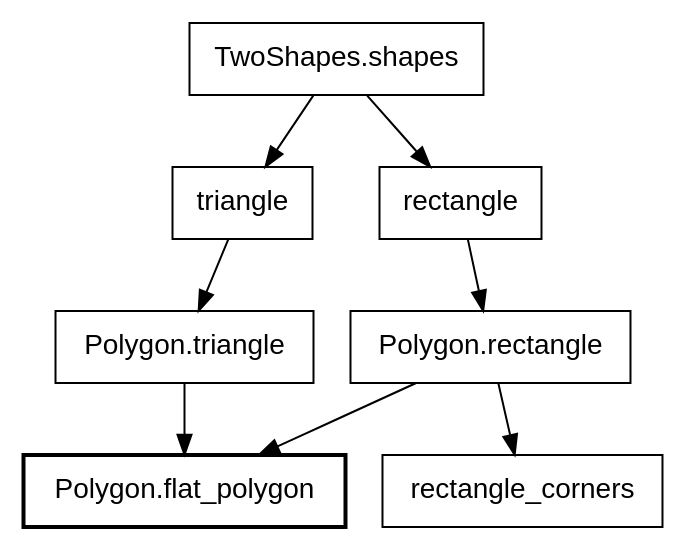
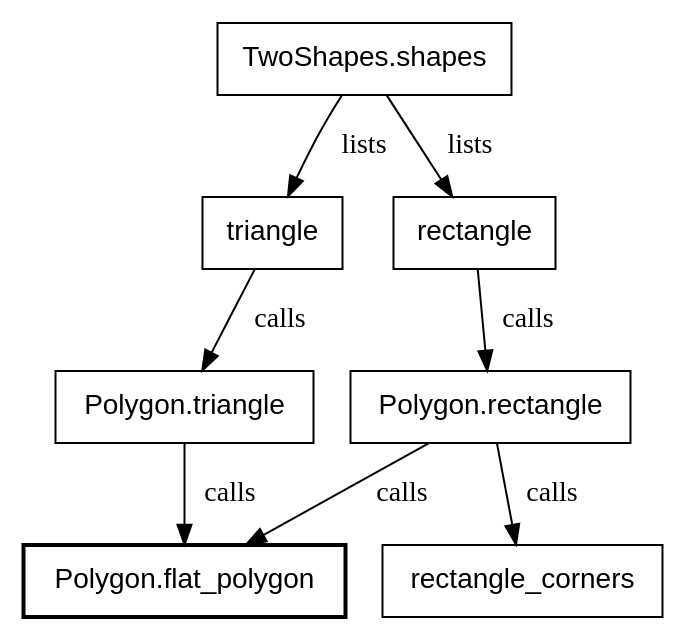
The fifth of 30 diagrams in canvas_apps/safari/tutorial/tutorial.md (showell/roc-apps), drawn with Graphviz before and after one commit. The commit also changed other lines of this file, not shown here.

````diff
--- a/canvas_apps/safari/tutorial/tutorial.md
+++ b/canvas_apps/safari/tutorial/tutorial.md
@@ -287,13 +296,13 @@
 ```dot
 digraph shapes {
   node [shape=box, fontname="Helvetica"];
-  "TwoShapes.shapes" -> "triangle";
-  "TwoShapes.shapes" -> "rectangle";
-  "triangle" -> "Polygon.triangle";
-  "rectangle" -> "Polygon.rectangle";
-  "Polygon.rectangle" -> "rectangle_corners";
-  "Polygon.triangle" -> "Polygon.flat_polygon";
-  "Polygon.rectangle" -> "Polygon.flat_polygon";
+  "TwoShapes.shapes" -> "triangle" [label="  lists"];
+  "TwoShapes.shapes" -> "rectangle" [label="  lists"];
+  "triangle" -> "Polygon.triangle" [label="  calls"];
+  "rectangle" -> "Polygon.rectangle" [label="  calls"];
+  "Polygon.rectangle" -> "rectangle_corners" [label="  calls"];
+  "Polygon.triangle" -> "Polygon.flat_polygon" [label="  calls"];
+  "Polygon.rectangle" -> "Polygon.flat_polygon" [label="  calls"];
   "Polygon.flat_polygon" [style=bold];
 }
 ```
````
